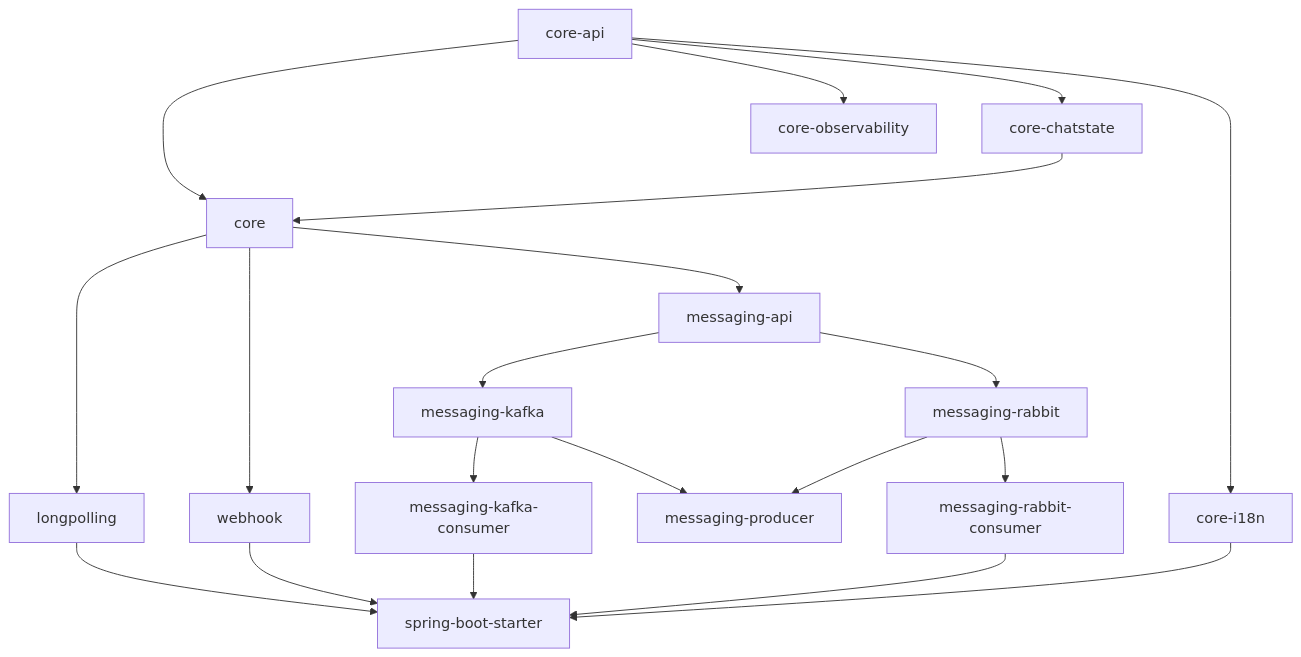
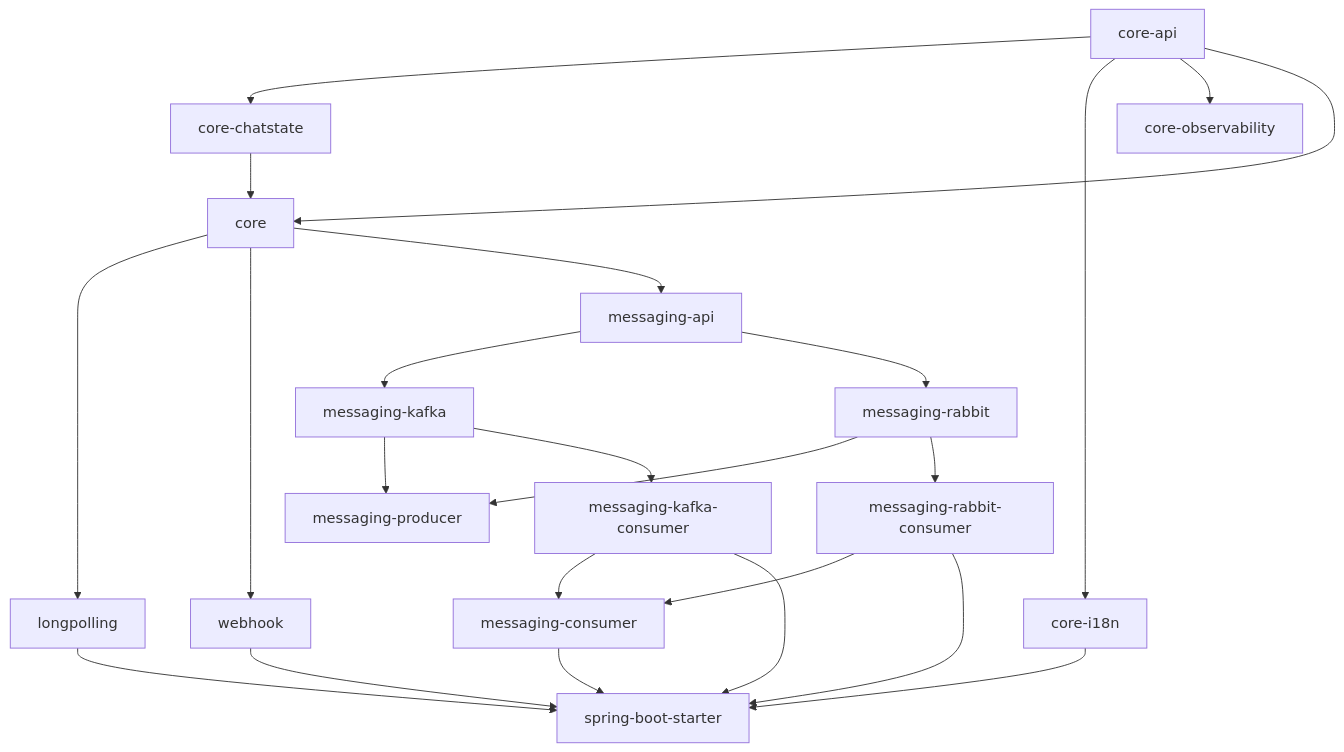
One commit to oson-code/easygram changed the diagram in README.md. Above: the diagram before and after it, drawn with Mermaid. The commit also changed other lines of this file and 10 other files, not shown here.

````diff
--- a/README.md
+++ b/README.md
@@ -79,22 +80,25 @@
 ```mermaid
 graph TD
     CA[core-api] --> CC[core-chatstate]
     CA --> CI[core-i18n]
     CA --> CO[core-observability]
     CA --> C[core]
     CC --> C
     C --> LP[longpolling]
     C --> WH[webhook]
     C --> MA[messaging-api]
     MA --> MK[messaging-kafka]
     MA --> MR[messaging-rabbit]
     MK --> MP[messaging-producer]
     MR --> MP
     MK --> KC[messaging-kafka-consumer]
     MR --> RC[messaging-rabbit-consumer]
+    KC --> MC[messaging-consumer]
+    RC --> MC
     LP --> SBS[spring-boot-starter]
     WH --> SBS
     KC --> SBS
     RC --> SBS
+    MC --> SBS
     CI --> SBS
 ```
````
